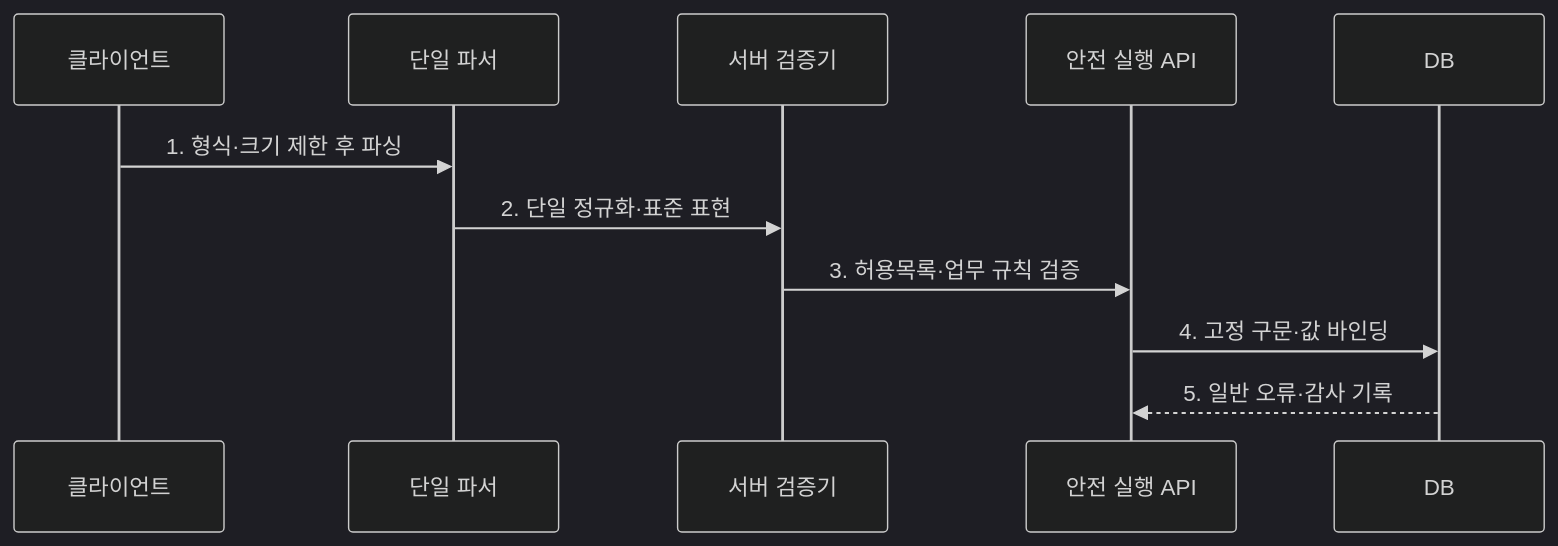
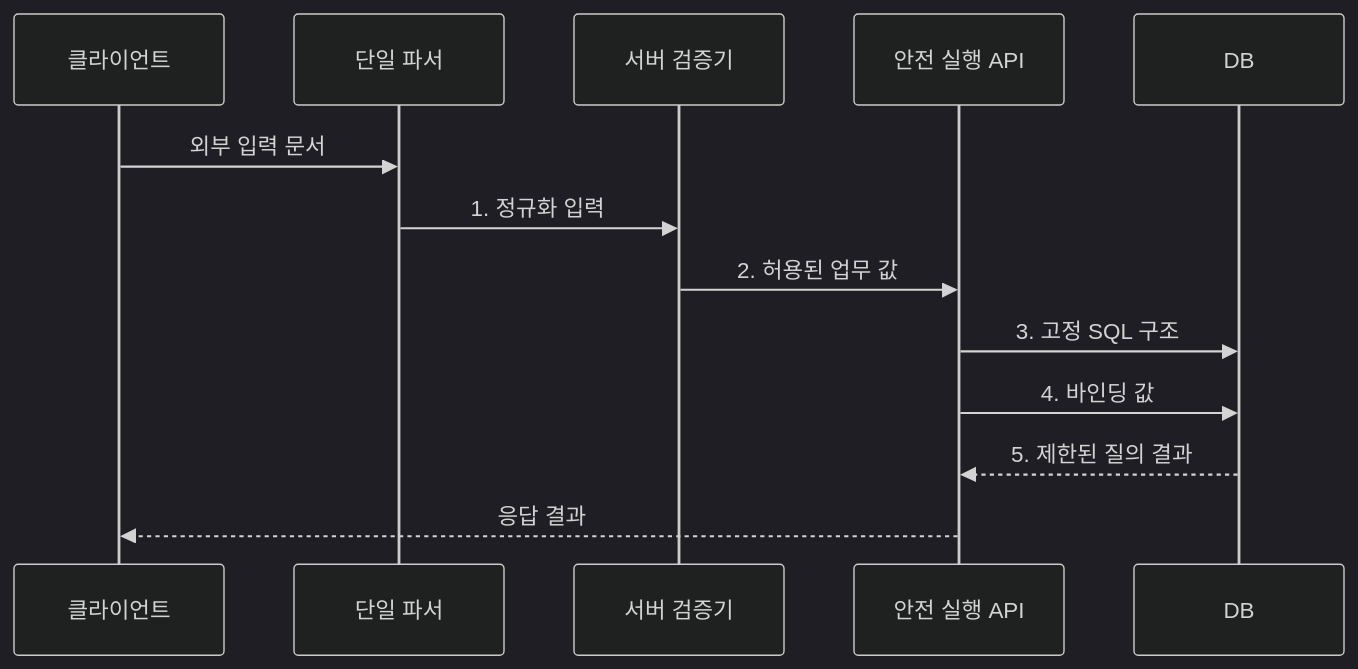
The second of 2 diagrams in src/content/docs/notes/05-security/052_input_validation.md (agnusdei1207/knowledge-base), drawn with Mermaid (dark theme) before and after one commit. The commit also changed other lines of this file and 20 other files, not shown here.

````diff
--- a/src/content/docs/notes/05-security/052_input_validation.md
+++ b/src/content/docs/notes/05-security/052_input_validation.md
@@ -87,13 +87,15 @@
 ```mermaid
 sequenceDiagram
     participant C as 클라이언트
     participant P as 단일 파서
     participant V as 서버 검증기
     participant A as 안전 실행 API
     participant D as DB
-    C->>P: 1. 형식·크기 제한 후 파싱
-    P->>V: 2. 단일 정규화·표준 표현
-    V->>A: 3. 허용목록·업무 규칙 검증
-    A->>D: 4. 고정 구문·값 바인딩
-    D-->>A: 5. 일반 오류·감사 기록
+    C->>P: 외부 입력 문서
+    P->>V: 1. 정규화 입력
+    V->>A: 2. 허용된 업무 값
+    A->>D: 3. 고정 SQL 구조
+    A->>D: 4. 바인딩 값
+    D-->>A: 5. 제한된 질의 결과
+    A-->>C: 응답 결과
 ```
````
